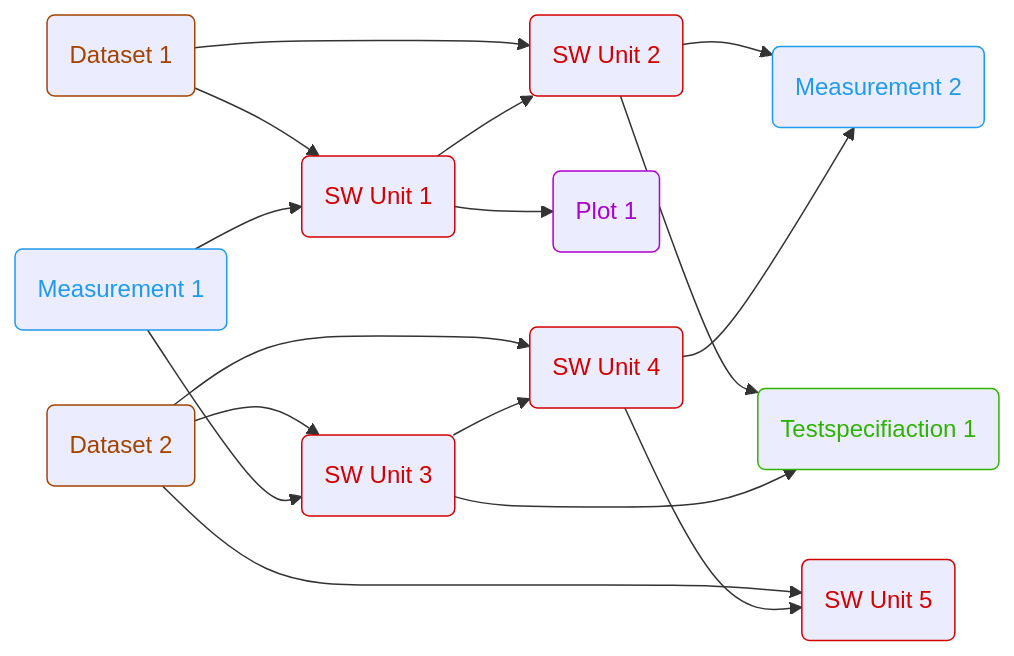
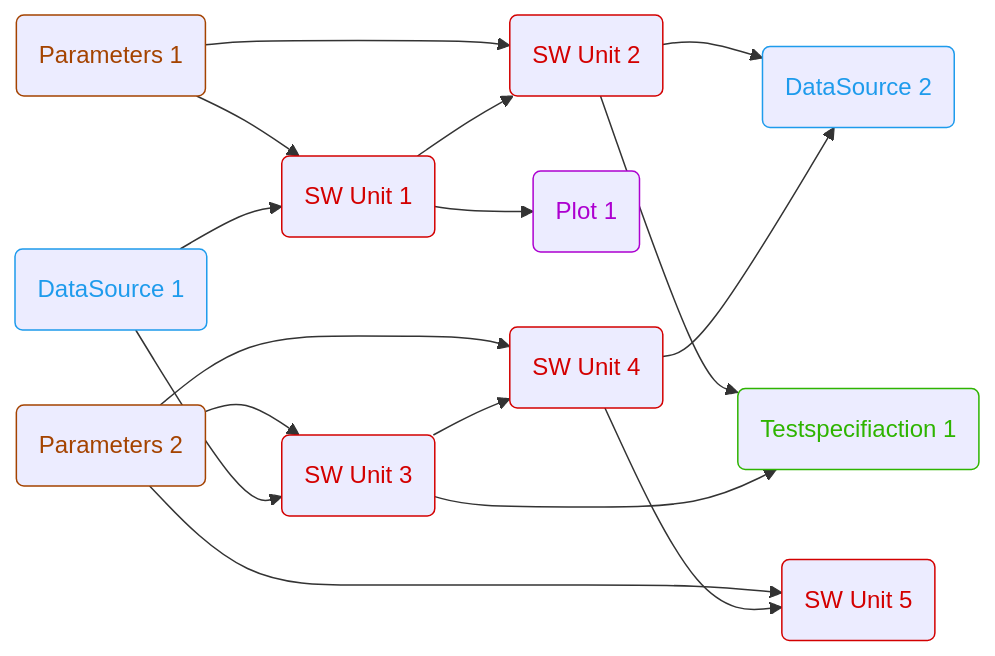
Before and after one commit to olympus-tools/ARES: the first of 6 diagrams in README.md, drawn with Mermaid. The commit also changed other lines of this file and 8 other files, not shown here.

````diff
--- a/README.md
+++ b/README.md
@@ -55,40 +55,40 @@
 ```mermaid
 flowchart LR
 
-    DS1(Dataset 1) --> SWU1(SW Unit 1)
-    DS1 --> SWU2(SW Unit 2)
-    MEAS1(Measurement 1) --> SWU1
+    PARAM1(Parameters 1) --> SWU1(SW Unit 1)
+    PARAM1 --> SWU2(SW Unit 2)
+    MEAS1(DataSource 1) --> SWU1
     SWU1 --> SWU2
     SWU1 --> PL1(Plot 1)
-    SWU2 --> MEAS2(Measurement 2)
+    SWU2 --> MEAS2(DataSource 2)
     SWU2 --> TS1(Testspecifiaction 1)
 
-    DS2(Dataset 2) --> SWU3(SW Unit 3)
-    DS2 --> SWU4(SW Unit 4)
-    DS2 --> SWU5(SW Unit 5)
-    MEAS1(Measurement 1) --> SWU3
+    PARAM2(Parameters 2) --> SWU3(SW Unit 3)
+    PARAM2 --> SWU4(SW Unit 4)
+    PARAM2 --> SWU5(SW Unit 5)
+    MEAS1(DataSource 1) --> SWU3
     SWU3 --> SWU4
     SWU3 --> TS1
     SWU4 --> MEAS2
     SWU4 --> SWU5
 
-    classDef Dataset           color:#a44300, stroke:#a44300;
-    classDef Measurement        color:#1e9bec, stroke:#1e9bec;
+    classDef Parameters        color:#a44300, stroke:#a44300;
+    classDef DataSource        color:#1e9bec, stroke:#1e9bec;
     classDef SW_Unit           color:#d30000, stroke:#d30000;
     classDef Test              color:#2eb400, stroke:#2eb400;
     classDef Plot              color:#ad00d0, stroke:#ad00d0;
     classDef Optimization      color:#e5d300, stroke:#e5d300;
 
-    class DS1 Dataset;
-    class DS2 Dataset;
-    class MEAS1 Measurement;
-    class MEAS2 Measurement;
+    class PARAM1 Parameters;
+    class PARAM2 Parameters;
+    class MEAS1 DataSource;
+    class MEAS2 DataSource;
     class SWU1 SW_Unit;
     class SWU2 SW_Unit;
     class SWU3 SW_Unit;
     class SWU4 SW_Unit;
     class SWU5 SW_Unit;
     class TS1 Test;
     class PL1 Plot;
 
 ```
````
